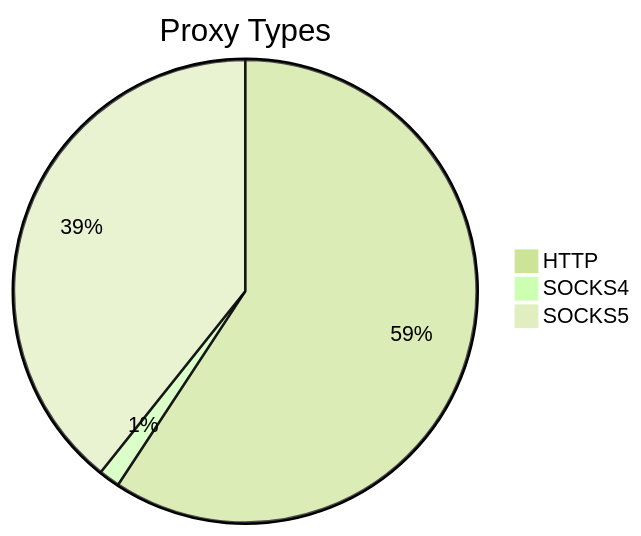
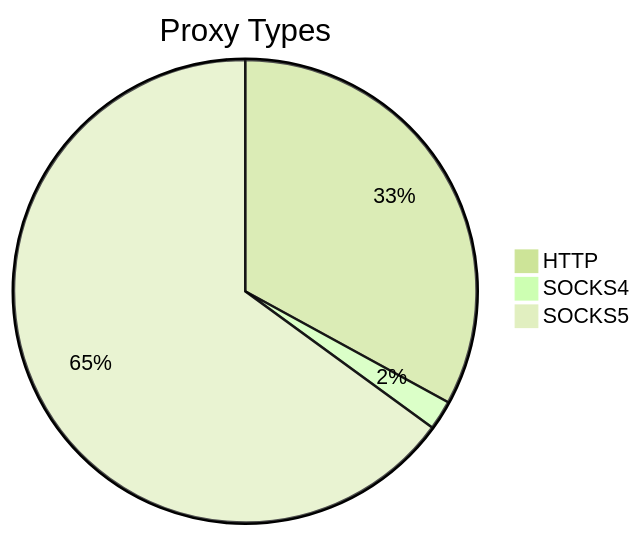
One commit to stormsia/proxy-list changed the first of 2 diagrams in README.md. Above: the diagram before and after it, drawn with Mermaid (forest theme). The commit also changed other lines of this file, not shown here.

````diff
--- a/README.md
+++ b/README.md
@@ -21,6 +21,6 @@
 ```mermaid
 pie title Proxy Types
-    "HTTP" : 602
-    "SOCKS4" : 15
-    "SOCKS5" : 399
+    "HTTP" : 272
+    "SOCKS4" : 17
+    "SOCKS5" : 536
 ```
````
